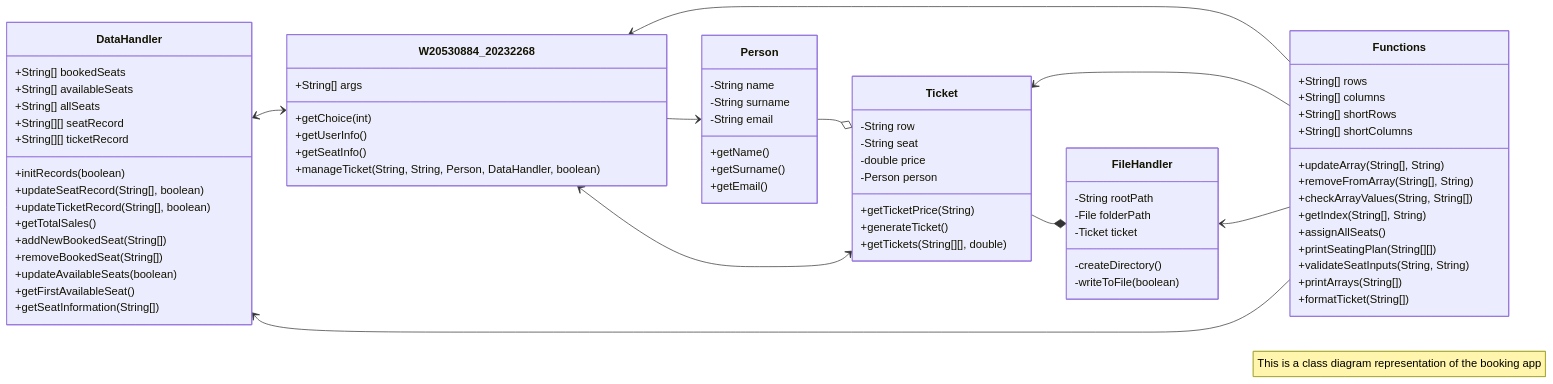
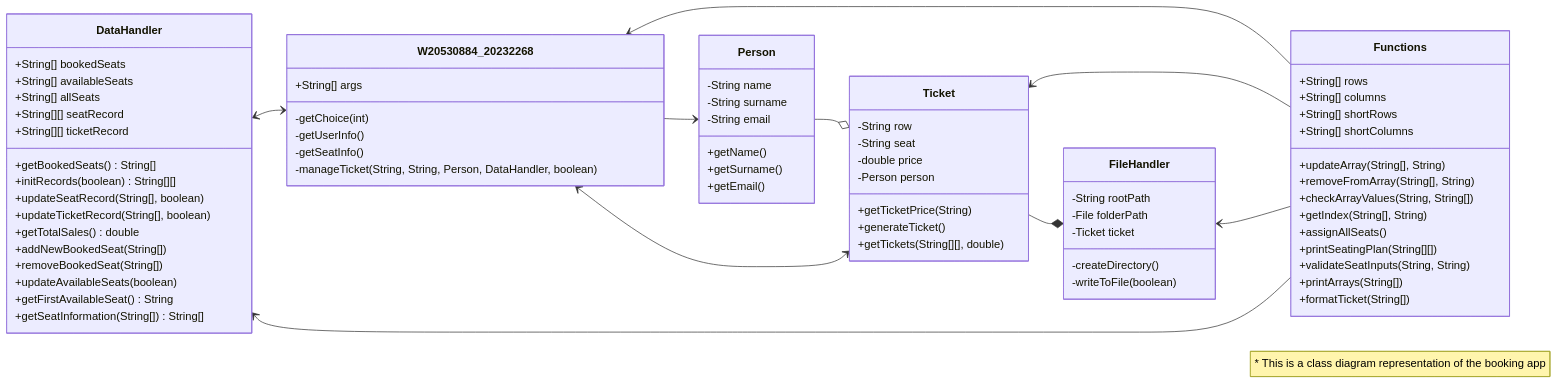
Before and after one commit to anuja-rahul/booking-app-javaCW: the diagram in README.md, drawn with Mermaid. The commit also changed 1 other file, not shown here.

Commit message:
changes to class diagram

````diff
--- a/README.md
+++ b/README.md
@@ -27,7 +27,7 @@
 ```mermaid
 
 classDiagram
-    note "This is a class diagram representation of the booking app"
+    note "* This is a class diagram representation of the booking app"
     direction RL
   W20530884_20232268 <--> DataHandler
 
@@ -42,25 +42,26 @@
   FileHandler *-- Ticket
 
   W20530884_20232268 : +String[] args
-  W20530884_20232268: +getChoice(int)
-  W20530884_20232268: +getUserInfo()
-  W20530884_20232268: +getSeatInfo()
-  W20530884_20232268: +manageTicket(String, String, Person, DataHandler, boolean)
+  W20530884_20232268: -getChoice(int)
+  W20530884_20232268: -getUserInfo()
+  W20530884_20232268: -getSeatInfo()
+  W20530884_20232268: -manageTicket(String, String, Person, DataHandler, boolean)
   class DataHandler{
     +String[] bookedSeats
     +String[] availableSeats
     +String[] allSeats
     +String[][] seatRecord
     +String[][] ticketRecord
-    +initRecords(boolean)
-    +updateSeatRecord(String[], boolean)
+    +getBookedSeats() String[]
+    +initRecords(boolean) String[][]
+    +updateSeatRecord(String[], boolean) 
     +updateTicketRecord(String[], boolean)
-    +getTotalSales()
-    +addNewBookedSeat(String[])
+    +getTotalSales() double
+    +addNewBookedSeat(String[]) 
     +removeBookedSeat(String[])
     +updateAvailableSeats(boolean)
-    +getFirstAvailableSeat()
-    +getSeatInformation(String[])
+    +getFirstAvailableSeat() String
+    +getSeatInformation(String[]) String[]
   }
 
   class FileHandler{
````
